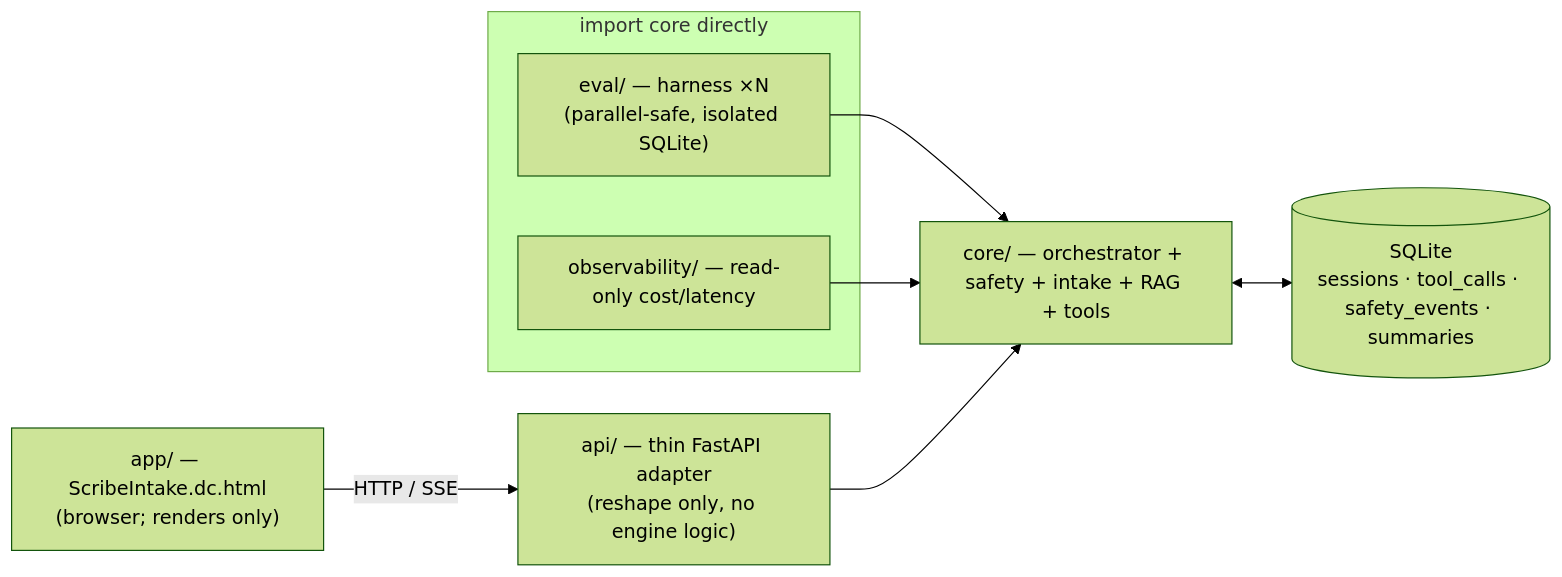
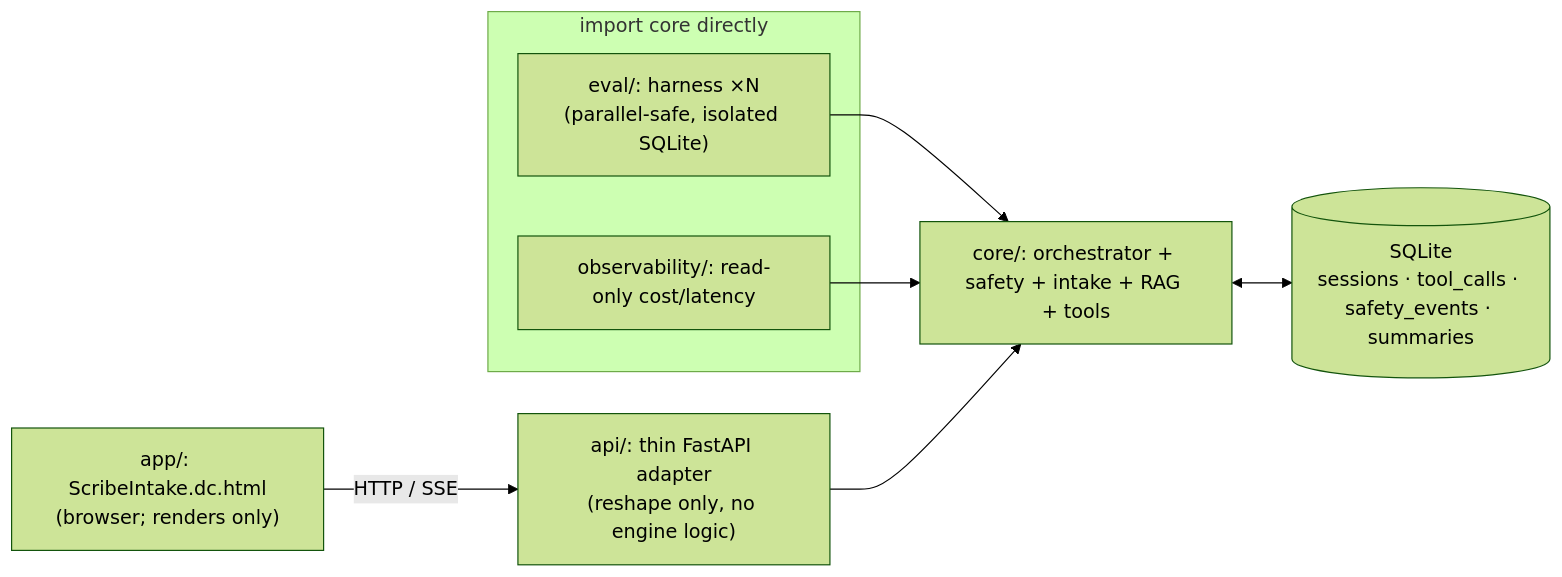
The second of 3 diagrams in docs/architecture.md (dataraptor/scribeintake), drawn with Mermaid (forest theme) before and after one commit. The commit also changed other lines of this file and 28 other files, not shown here.

````diff
--- a/docs/architecture.md
+++ b/docs/architecture.md
@@ -80,17 +78,17 @@
 ```mermaid
 flowchart LR
     subgraph clients["import core directly"]
-        EVAL["eval/ — harness ×N<br/>(parallel-safe, isolated SQLite)"]
-        OBS["observability/ — read-only cost/latency"]
+        EVAL["eval/: harness ×N<br/>(parallel-safe, isolated SQLite)"]
+        OBS["observability/: read-only cost/latency"]
     end
-    API["api/ — thin FastAPI adapter<br/>(reshape only, no engine logic)"]
-    CORE["core/ — orchestrator + safety + intake + RAG + tools"]
-    UI["app/ — ScribeIntake.dc.html<br/>(browser; renders only)"]
+    API["api/: thin FastAPI adapter<br/>(reshape only, no engine logic)"]
+    CORE["core/: orchestrator + safety + intake + RAG + tools"]
+    UI["app/: ScribeIntake.dc.html<br/>(browser; renders only)"]
     DB[("SQLite<br/>sessions · tool_calls · safety_events · summaries")]
 
     EVAL --> CORE
     OBS --> CORE
     API --> CORE
     CORE <--> DB
     UI -- "HTTP / SSE" --> API
 ```
````
